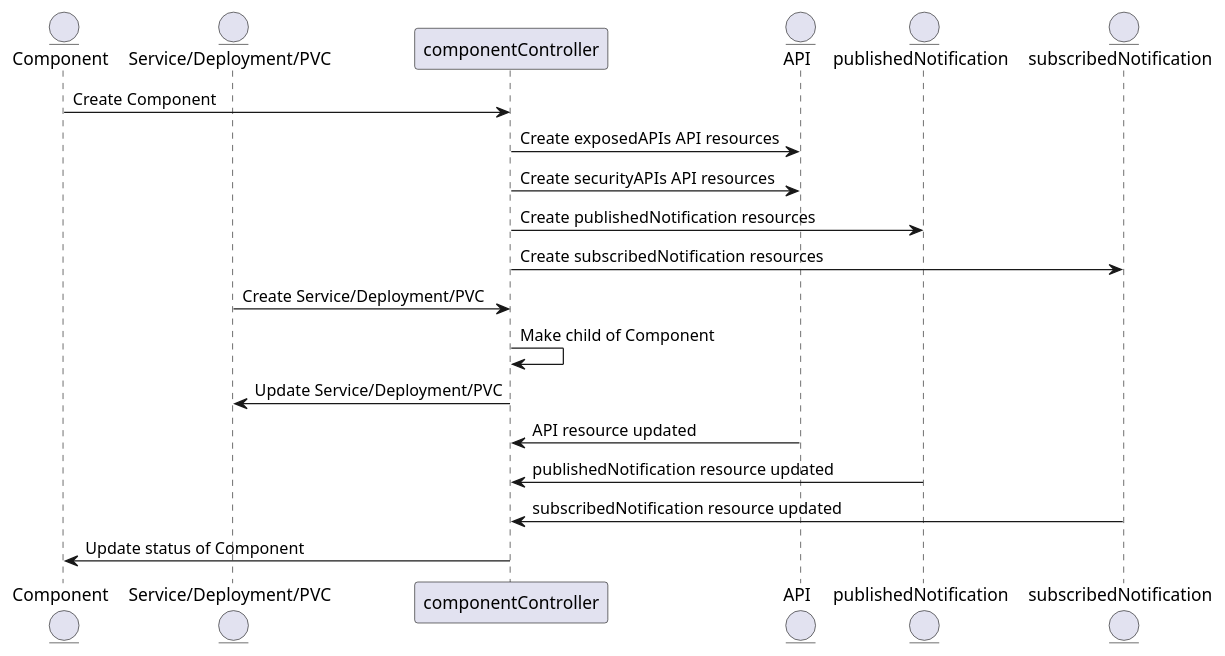
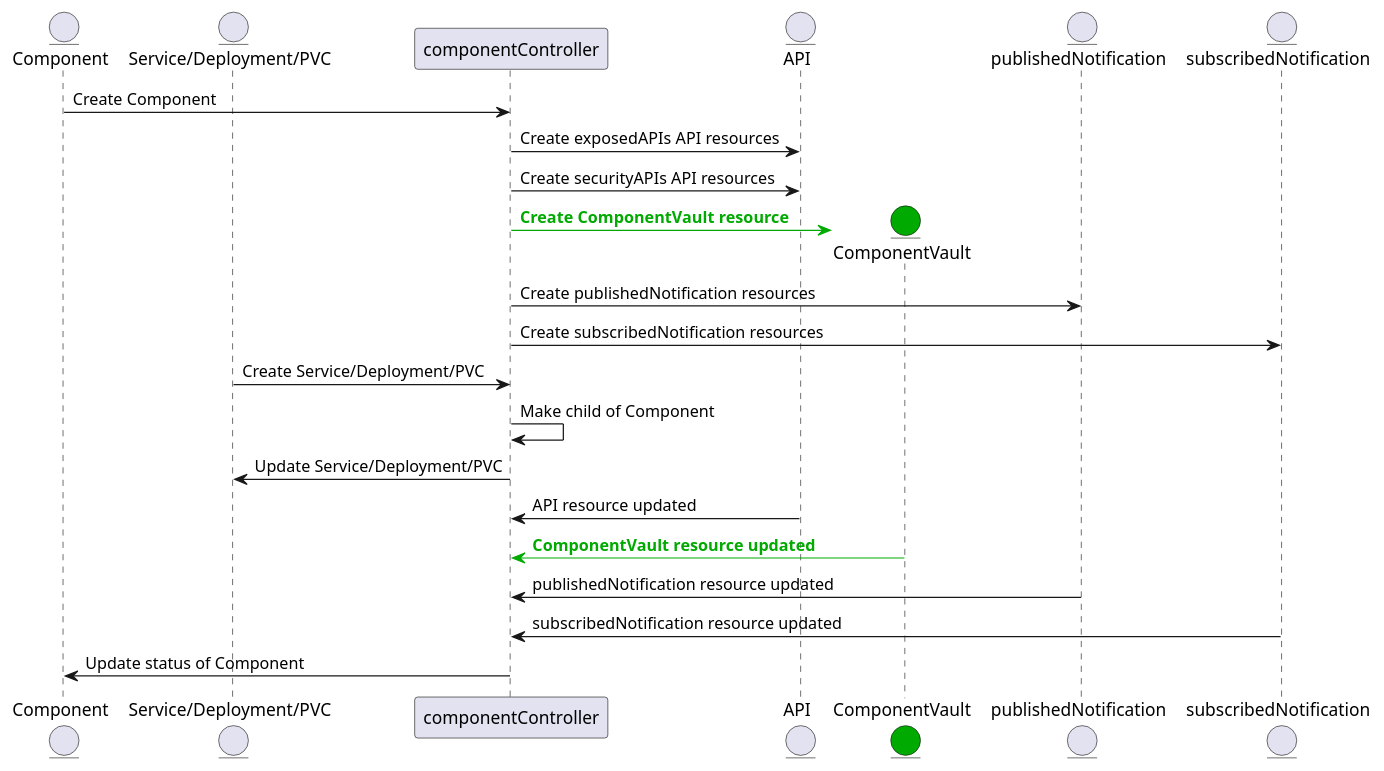
One commit to tmforum-oda/oda-canvas changed the diagram in source/operators/componentOperator/sequenceDiagrams/componentOperator.puml. Above: the diagram before and after it, drawn with PlantUML. The commit also changed 6 other files, not shown here.

Commit message:
update sequence diagram.

```diff
--- a/source/operators/componentOperator/sequenceDiagrams/componentOperator.puml
+++ b/source/operators/componentOperator/sequenceDiagrams/componentOperator.puml
@@ -1,26 +1,29 @@
 @startuml
 
 entity Component
 entity "Service/Deployment/PVC"
 participant componentController
 entity API
+entity ComponentVault #00AA00
 entity publishedNotification
 entity subscribedNotification
 
 Component-> componentController: Create Component
 componentController -> API: Create exposedAPIs API resources
 componentController -> API: Create securityAPIs API resources
+componentController -[#00AA00]> ComponentVault **: <b><color:#00AA00>Create ComponentVault resource</color></b> 
 componentController -> publishedNotification: Create publishedNotification resources
 componentController -> subscribedNotification: Create subscribedNotification resources
 
 
 "Service/Deployment/PVC"-> componentController: Create Service/Deployment/PVC
 componentController-> componentController: Make child of Component
 componentController-> "Service/Deployment/PVC": Update Service/Deployment/PVC
 
 API-> componentController: API resource updated 
+ComponentVault-[#00AA00]> componentController : <b><color:#00AA00>ComponentVault resource updated</color></b> 
 publishedNotification-> componentController: publishedNotification resource updated 
 subscribedNotification-> componentController: subscribedNotification resource updated 
 componentController -> Component: Update status of Component
 
 @enduml
```
